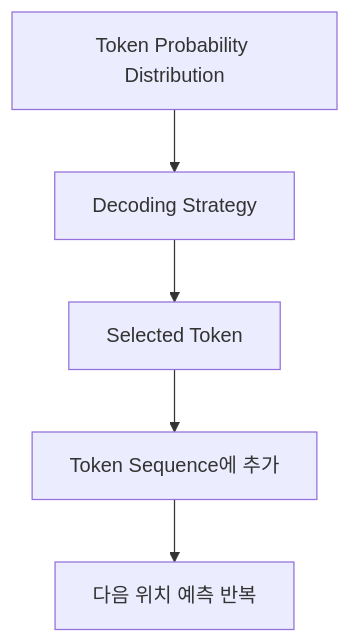
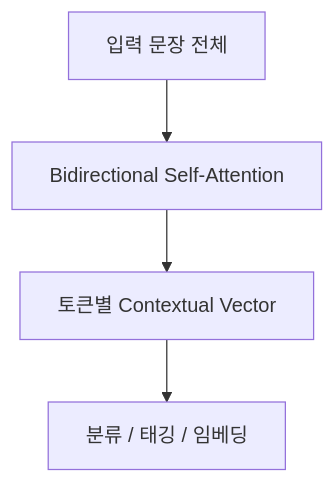
The second of 6 diagrams in src/content/blog/2026-07-02-llm-encoder-only와-decoder-only-구조-이해하기.md (jwsung91/jwsung91.github.io), drawn with Mermaid before and after one commit. The commit also changed other lines of this file and 35 other files, not shown here.

````diff
--- a/src/content/blog/2026-07-02-llm-encoder-only와-decoder-only-구조-이해하기.md
+++ b/src/content/blog/2026-07-02-llm-encoder-only와-decoder-only-구조-이해하기.md
@@ -66,8 +98,6 @@
 ```mermaid
 flowchart TD
-    A[Token Probability Distribution] --> B[Decoding Strategy]
-    B --> C[Selected Token]
-    C --> D[Token Sequence에 추가]
-    D --> E[다음 위치 예측 반복]
-
+    A[입력 문장 전체] --> B[Bidirectional Self-Attention]
+    B --> C[토큰별 Contextual Vector]
+    C --> D[분류 / 태깅 / 임베딩]
 ```
````
